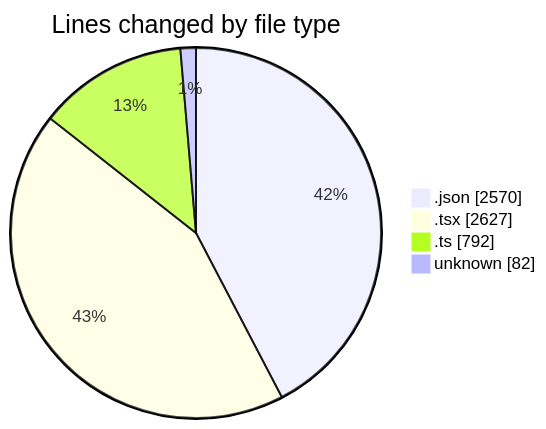
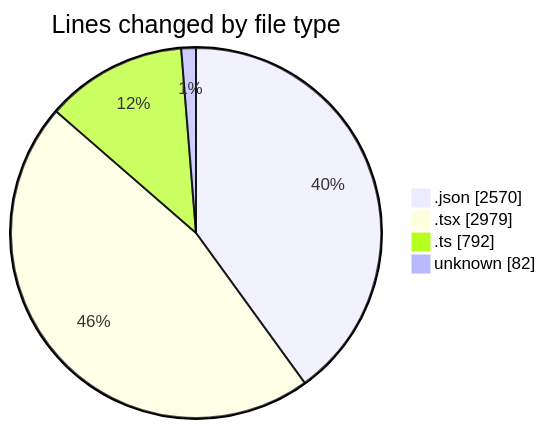
One commit to julien-gomy/code-tracking changed the first of 2 diagrams in 2025-10-29/eventscop-frontend-guide__workspace_/README.md. Above: the diagram before and after it, drawn with Mermaid. The commit also changed other lines of this file and 1 other file, not shown here.

````diff
--- a/2025-10-29/eventscop-frontend-guide__workspace_/README.md
+++ b/2025-10-29/eventscop-frontend-guide__workspace_/README.md
@@ -54,8 +55,8 @@
 ```mermaid
 pie showData
 title Lines changed by file type
 ".json" : 2570
-".tsx" : 2627
+".tsx" : 2979
 ".ts" : 792
 "unknown" : 82
 ```
````
